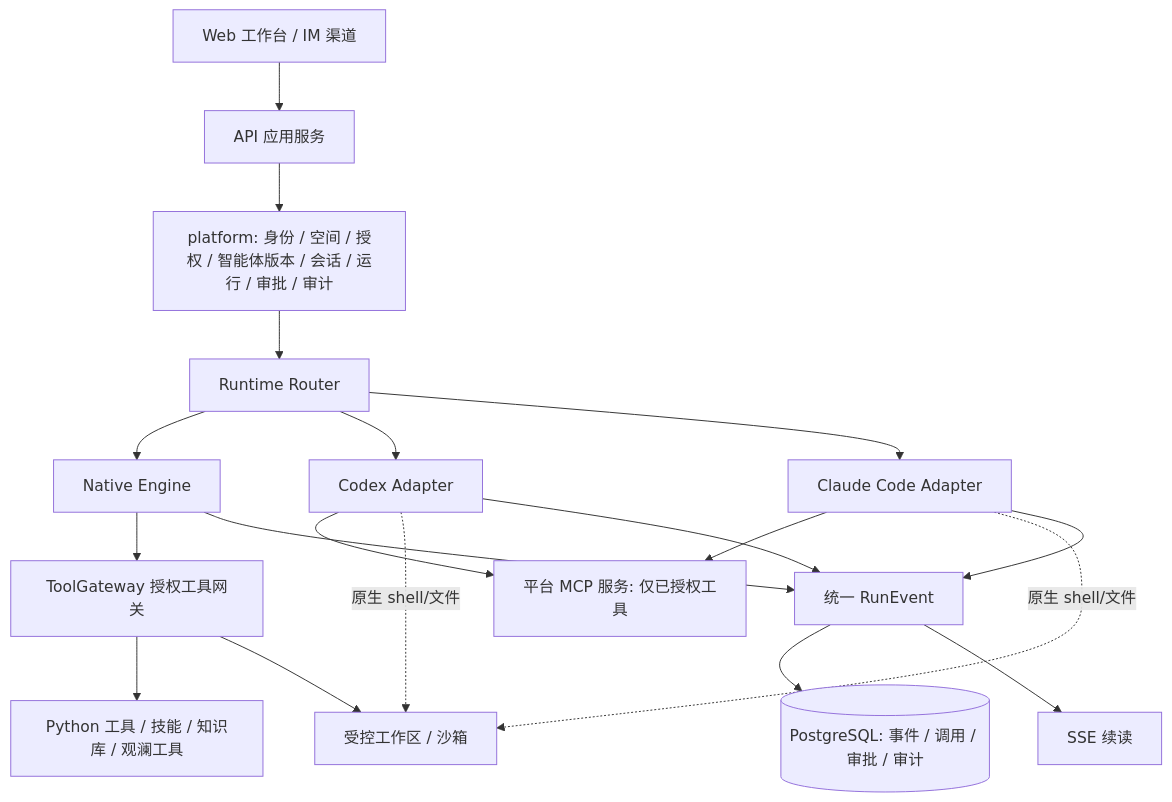
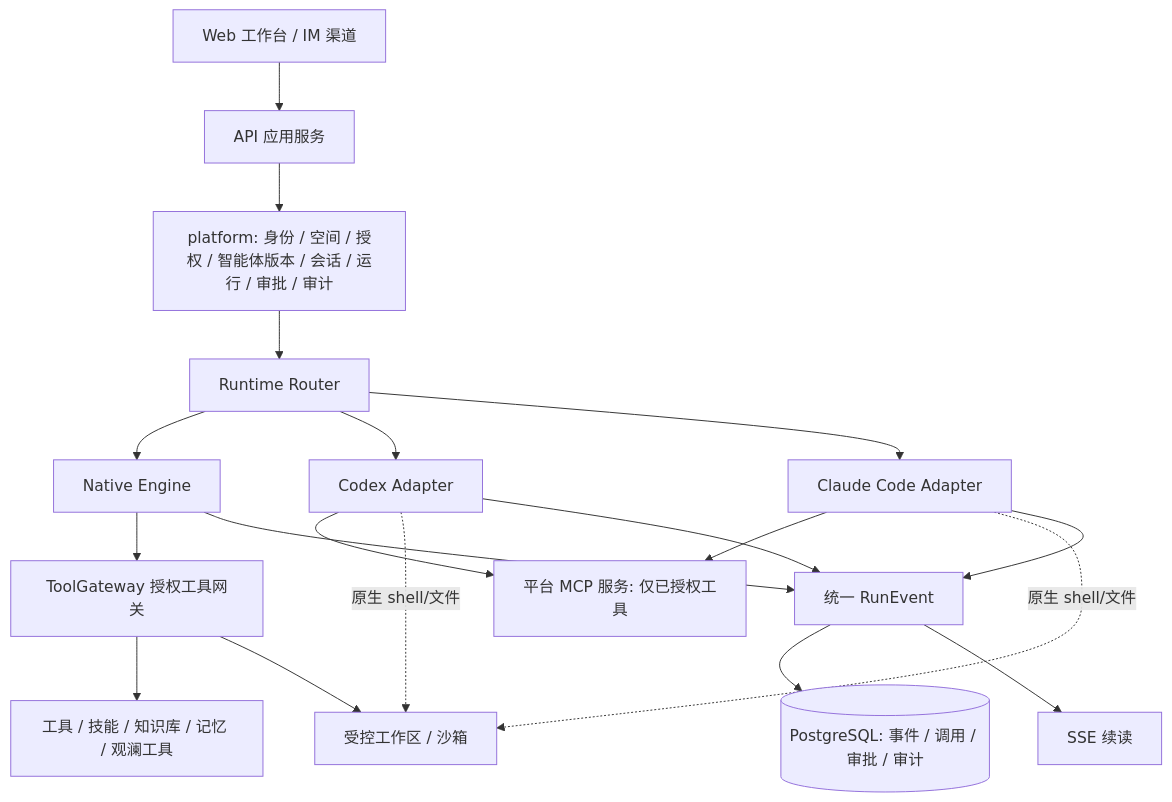
The diagram in docs/architecture.md (chenkuangfeng/hyoga-nexus), drawn with Mermaid before and after one commit. The commit also changed other lines of this file and 46 other files, not shown here.

First line of the commit message:
docs: restructure architecture around reference mapping and remove openspec

````diff
--- a/docs/architecture.md
+++ b/docs/architecture.md
@@ -229,19 +19,19 @@
 ```mermaid
 flowchart TD
     W[Web 工作台 / IM 渠道] --> API[API 应用服务]
     API --> PLAT[platform: 身份 / 空间 / 授权 / 智能体版本 / 会话 / 运行 / 审批 / 审计]
     PLAT --> ROUTER[Runtime Router]
     ROUTER --> N[Native Engine]
     ROUTER --> C[Codex Adapter]
     ROUTER --> A[Claude Code Adapter]
     N --> GW[ToolGateway 授权工具网关]
     C --> MCP[平台 MCP 服务: 仅已授权工具]
     A --> MCP
     C -. 原生 shell/文件 .-> SB[受控工作区 / 沙箱]
     A -. 原生 shell/文件 .-> SB
-    GW --> TOOLS[Python 工具 / 技能 / 知识库 / 观澜工具]
+    GW --> TOOLS[工具 / 技能 / 知识库 / 记忆 / 观澜工具]
     GW --> SB
     N & C & A --> EV[统一 RunEvent]
     EV --> DB[(PostgreSQL: 事件 / 调用 / 审批 / 审计)]
     EV --> SSE[SSE 续读]
 ```
````
